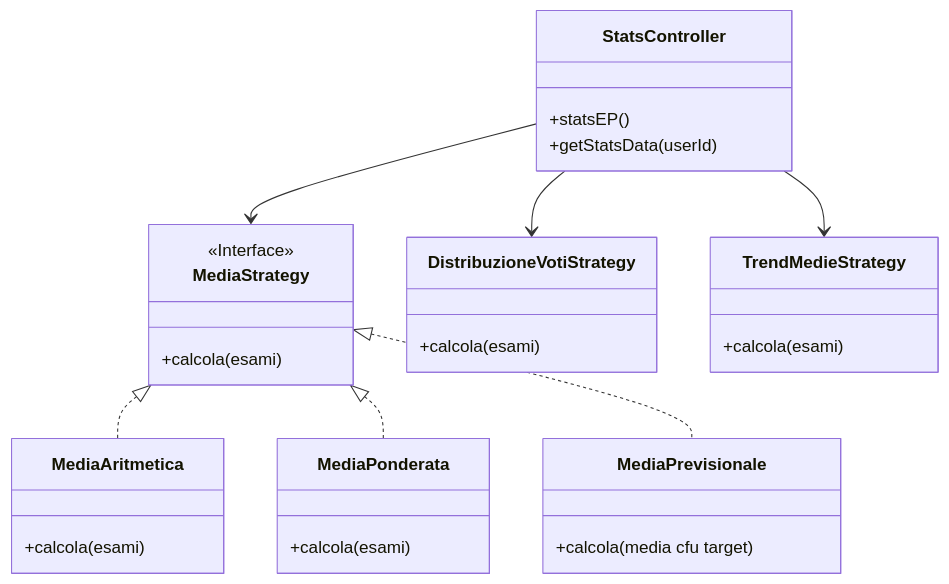
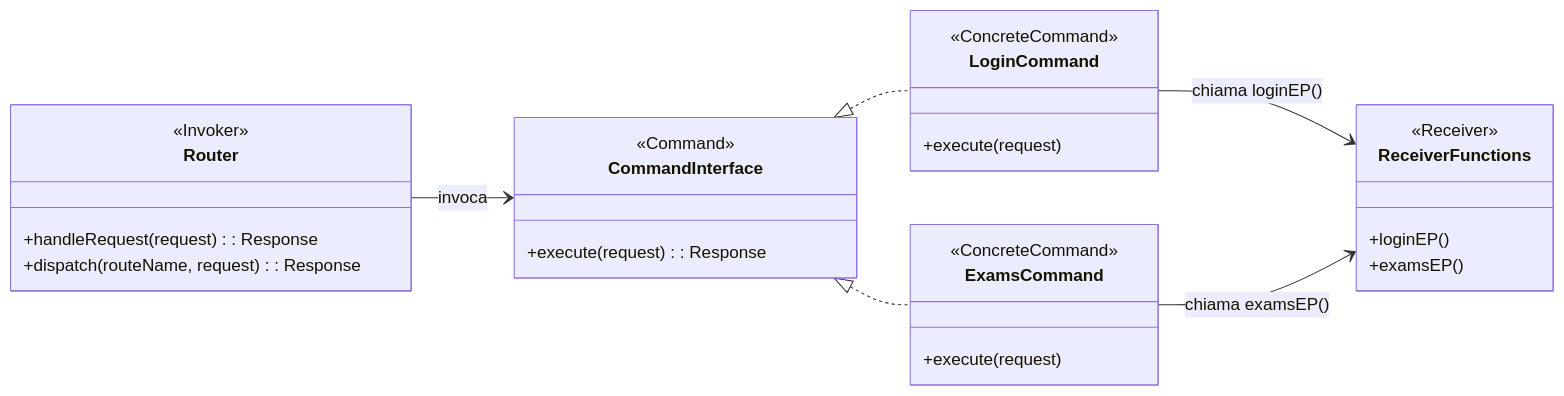
Before and after one commit to frankelfokou/Gestione-esami-universitari: the ninth of 26 diagrams in README.md, drawn with Mermaid. The commit also changed other lines of this file, not shown here.

````diff
--- a/README.md
+++ b/README.md
@@ -1306,40 +457,38 @@
 ```mermaid
+%%{init: {"theme": "default"}}%%
 classDiagram
-    class StatsController {
-        +statsEP()
-        +getStatsData(userId)
+    direction LR
+
+    class Router {
+        <<Invoker>>
+        +handleRequest(request): Response
+        +dispatch(routeName, request): Response
     }
 
-    class MediaStrategy {
-        <<Interface>>
-        +calcola(esami)
+    class CommandInterface {
+        <<Command>>
+        +execute(request): Response
     }
 
-    class MediaAritmetica {
-        +calcola(esami)
+    class LoginCommand {
+        <<ConcreteCommand>>
+        +execute(request)
     }
 
-    class MediaPonderata {
-        +calcola(esami)
+    class ExamsCommand {
+        <<ConcreteCommand>>
+        +execute(request)
     }
 
-    class MediaPrevisionale {
-        +calcola(media cfu target)
+    class ReceiverFunctions {
+        <<Receiver>>
+        +loginEP()
+        +examsEP()
     }
 
-    class DistribuzioneVotiStrategy {
-        +calcola(esami)
-    }
-
-    class TrendMedieStrategy {
-        +calcola(esami)
-    }
-
-    StatsController --> MediaStrategy
-    StatsController --> DistribuzioneVotiStrategy
-    StatsController --> TrendMedieStrategy
-
-    MediaStrategy <|.. MediaAritmetica
-    MediaStrategy <|.. MediaPonderata
-    MediaStrategy <|.. MediaPrevisionale
+    Router --> CommandInterface : invoca
+    CommandInterface <|.. LoginCommand
+    CommandInterface <|.. ExamsCommand
+    LoginCommand --> ReceiverFunctions : chiama loginEP()
+    ExamsCommand --> ReceiverFunctions : chiama examsEP()
 ```
````
